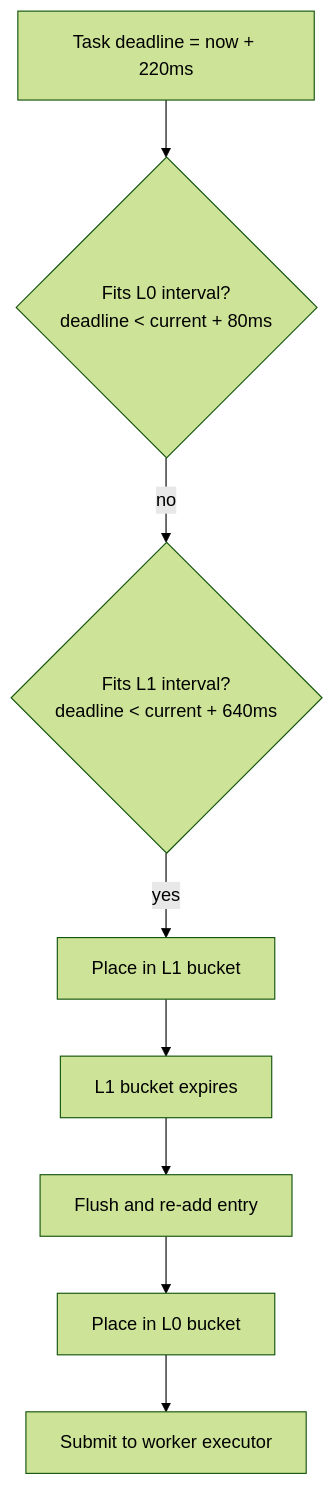
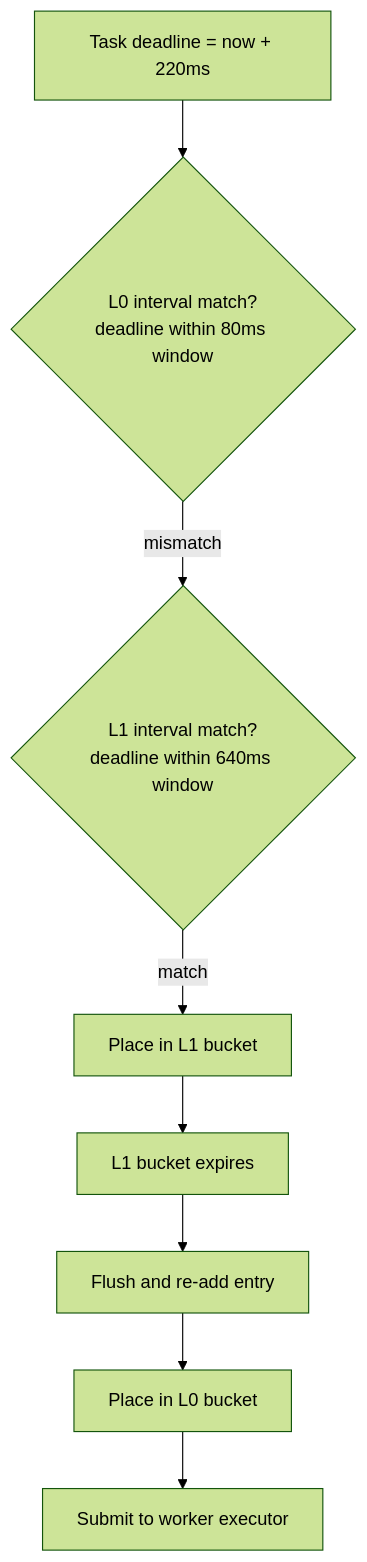
The tenth of 10 diagrams in docs/architecture.md (photowey/timewheel4j), drawn with Mermaid (forest theme) before and after one commit. The commit also changed other lines of this file and 3 other files, not shown here.

````diff
--- a/docs/architecture.md
+++ b/docs/architecture.md
@@ -405,19 +425,19 @@
 ```mermaid
 flowchart TD
     Entry["Task deadline = now + 220ms"]
-    L0Check{"Fits L0 interval?<br/>deadline < current + 80ms"}
-    L1Check{"Fits L1 interval?<br/>deadline < current + 640ms"}
+    L0Check{"L0 interval match?<br/>deadline within 80ms window"}
+    L1Check{"L1 interval match?<br/>deadline within 640ms window"}
     L1Bucket["Place in L1 bucket"]
     L1Expire["L1 bucket expires"]
     Readd["Flush and re-add entry"]
     L0Bucket["Place in L0 bucket"]
     Execute["Submit to worker executor"]
 
     Entry --> L0Check
-    L0Check -->|"no"| L1Check
-    L1Check -->|"yes"| L1Bucket
+    L0Check -->|"mismatch"| L1Check
+    L1Check -->|"match"| L1Bucket
     L1Bucket --> L1Expire
     L1Expire --> Readd
     Readd --> L0Bucket
     L0Bucket --> Execute
 ```
````
